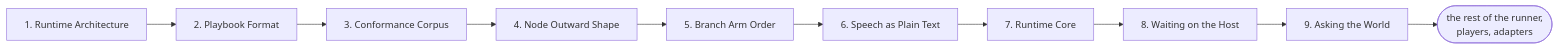
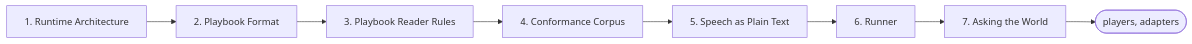
One commit to pengzhengyi/dialoguedown changed the second of 3 diagrams in docs/contributing/design-notes/README.md. Above: the diagram before and after it, drawn with Mermaid. The commit also changed other lines of this file and 124 other files, not shown here.

````diff
--- a/docs/contributing/design-notes/README.md
+++ b/docs/contributing/design-notes/README.md
@@ -111,12 +109,10 @@
 ```mermaid
 flowchart LR
     RA["1. Runtime Architecture"] --> PF["2. Playbook Format"]
-    PF --> CC["3. Conformance Corpus"]
-    CC --> NOS["4. Node Outward Shape"]
-    NOS --> BAO["5. Branch Arm Order"]
-    BAO --> SPT["6. Speech as Plain Text"]
-    SPT --> RC["7. Runtime Core"]
-    RC --> WT["8. Waiting on the Host"]
-    WT --> AW["9. Asking the World"]
-    AW --> RUN(["the rest of the runner,<br/>players, adapters"])
+    PF --> RR["3. Playbook Reader Rules"]
+    RR --> CC["4. Conformance Corpus"]
+    CC --> SPT["5. Speech as Plain Text"]
+    SPT --> RN["6. Runner"]
+    RN --> AW["7. Asking the World"]
+    AW --> RUN(["players, adapters"])
 ```
````
